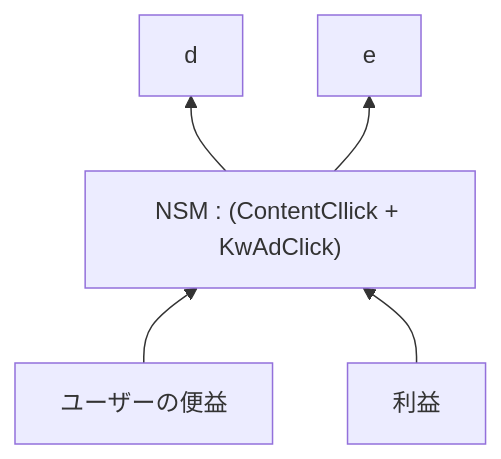
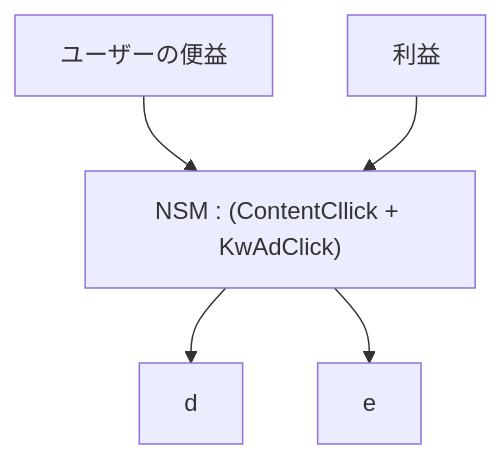
One commit to gotzy/tmp changed the diagram in kpi_nsm_tree.md. Above: the diagram before and after it, drawn with Mermaid.

````diff
--- a/kpi_nsm_tree.md
+++ b/kpi_nsm_tree.md
@@ -1,9 +1,9 @@
 ```mermaid
-flowchart BT
+flowchart TB
     
     a["ユーザーの便益"] --> c["NSM : (ContentCllick + KwAdClick)"]
     b["利益"]--> c
     c --> d
     c --> e
     
 ```
````
